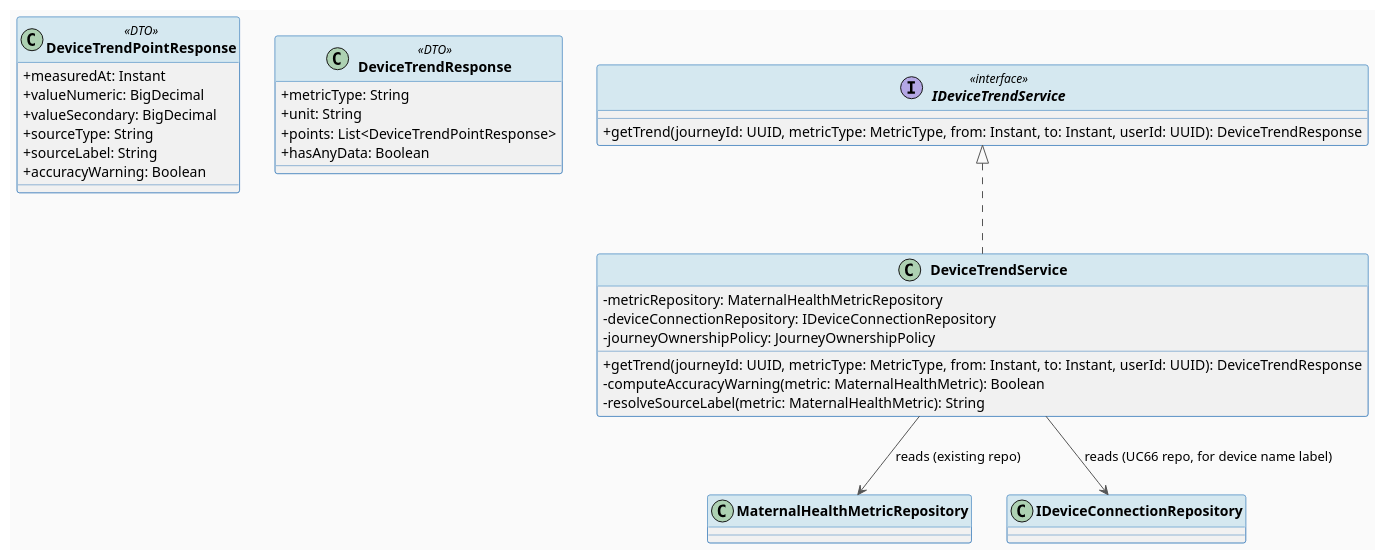
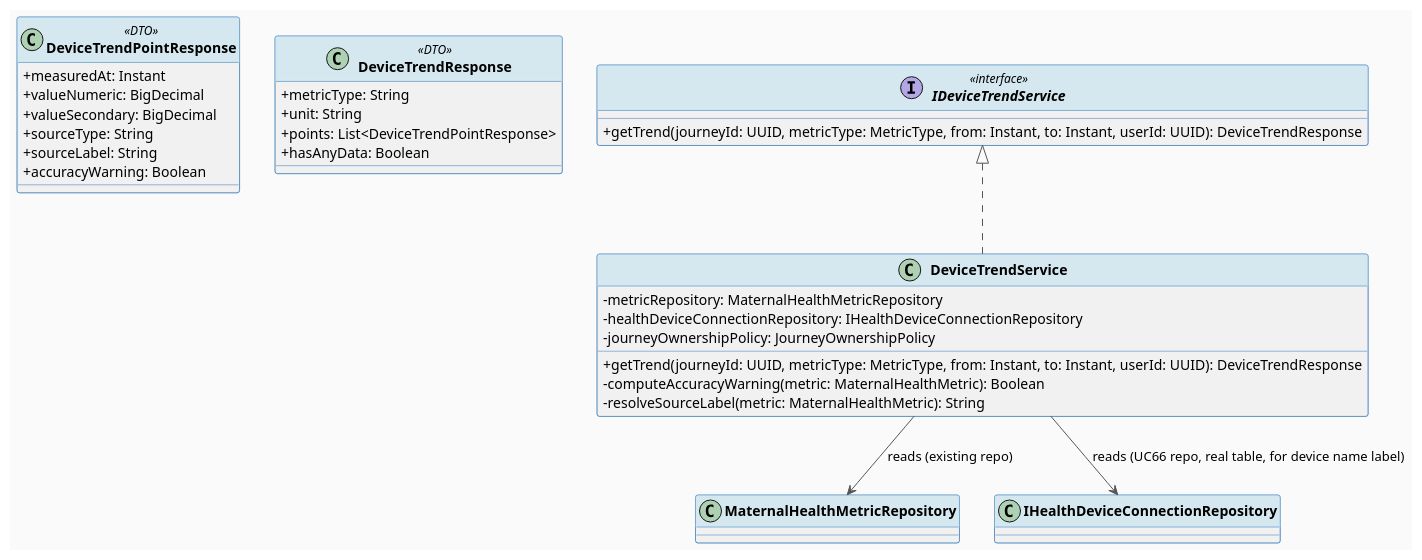
Before and after one commit to ChuongBDHE172784/CareBridge_SEP490_G79: the first of 4 diagrams in 04_Implement/UC69_ViewDeviceDataTrend/UC69_ViewDeviceDataTrend_TDS.md, drawn with PlantUML. The commit also changed other lines of this file and 95 other files, not shown here.

````diff
--- a/04_Implement/UC69_ViewDeviceDataTrend/UC69_ViewDeviceDataTrend_TDS.md
+++ b/04_Implement/UC69_ViewDeviceDataTrend/UC69_ViewDeviceDataTrend_TDS.md
@@ -174,44 +175,44 @@
 ```plantuml
 @startuml UC69_ClassDiagram
 skinparam classAttributeIconSize 0
 skinparam classFontStyle bold
 skinparam backgroundColor #FAFAFA
 skinparam ArrowColor #555555
 skinparam ClassBorderColor #2E75B6
 skinparam ClassHeaderBackgroundColor #D5E8F0
 
-' === READ MODEL (no new entity — projects from existing MaternalHealthMetric + DeviceConnection) ===
+' === READ MODEL (no new entity — projects from existing MaternalHealthMetric + HealthDeviceConnection) ===
 class DeviceTrendPointResponse <<DTO>> {
   + measuredAt: Instant
   + valueNumeric: BigDecimal
   + valueSecondary: BigDecimal
   + sourceType: String
   + sourceLabel: String
   + accuracyWarning: Boolean
 }
 
 class DeviceTrendResponse <<DTO>> {
   + metricType: String
   + unit: String
   + points: List<DeviceTrendPointResponse>
   + hasAnyData: Boolean
 }
 
 interface IDeviceTrendService <<interface>> {
   + getTrend(journeyId: UUID, metricType: MetricType, from: Instant, to: Instant, userId: UUID): DeviceTrendResponse
 }
 
 class DeviceTrendService implements IDeviceTrendService {
   - metricRepository: MaternalHealthMetricRepository
-  - deviceConnectionRepository: IDeviceConnectionRepository
+  - healthDeviceConnectionRepository: IHealthDeviceConnectionRepository
   - journeyOwnershipPolicy: JourneyOwnershipPolicy
   + getTrend(journeyId: UUID, metricType: MetricType, from: Instant, to: Instant, userId: UUID): DeviceTrendResponse
   - computeAccuracyWarning(metric: MaternalHealthMetric): Boolean
   - resolveSourceLabel(metric: MaternalHealthMetric): String
 }
 
 DeviceTrendService --> MaternalHealthMetricRepository : reads (existing repo)
-DeviceTrendService --> IDeviceConnectionRepository : reads (UC66 repo, for device name label)
+DeviceTrendService --> IHealthDeviceConnectionRepository : reads (UC66 repo, real table, for device name label)
 
 @enduml
 ```
````
